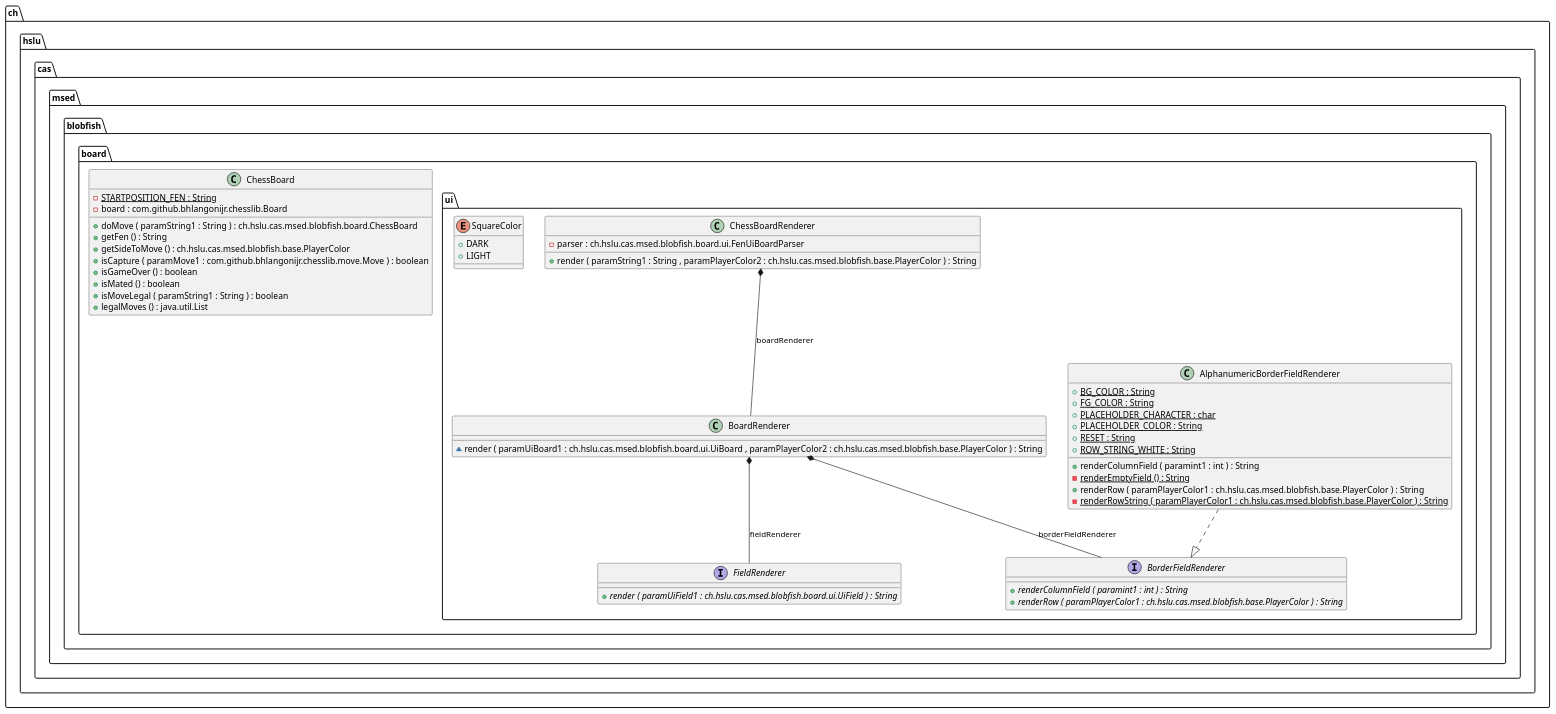
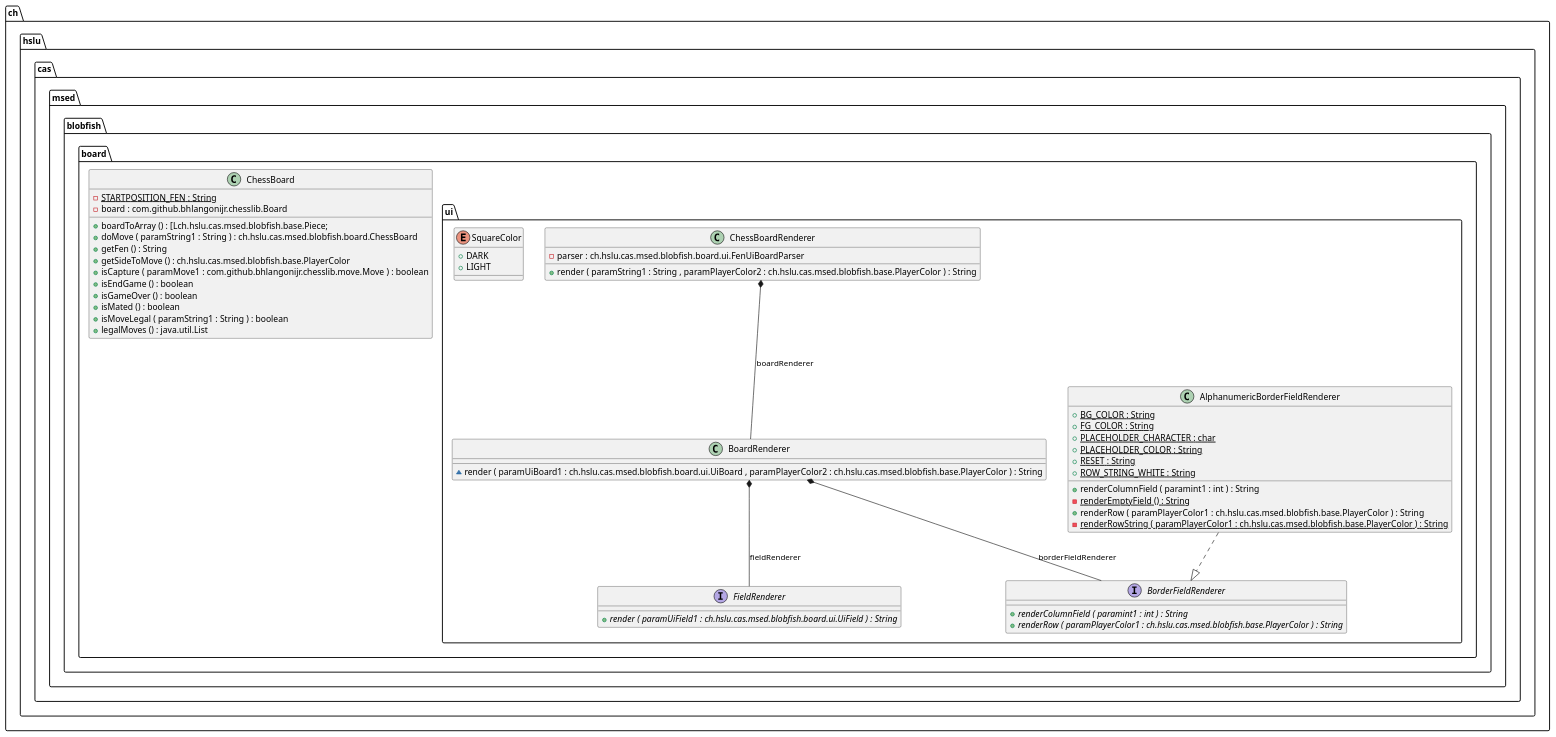
The diagram in docs/generated-diagrams/board.puml (l2c0r3/blobfish), drawn with PlantUML before and after one commit. The commit also changed 44 other files, not shown here.

```diff
--- a/docs/generated-diagrams/board.puml
+++ b/docs/generated-diagrams/board.puml
@@ -1,67 +1,69 @@
 @startuml
 
 class ch.hslu.cas.msed.blobfish.board.ChessBoard {
 	{field} {static} -STARTPOSITION_FEN : String
 	{field} -board : com.github.bhlangonijr.chesslib.Board
+	{method} +boardToArray () : [Lch.hslu.cas.msed.blobfish.base.Piece;
 	{method} +doMove ( paramString1 : String ) : ch.hslu.cas.msed.blobfish.board.ChessBoard
 	{method} +getFen () : String
 	{method} +getSideToMove () : ch.hslu.cas.msed.blobfish.base.PlayerColor
 	{method} +isCapture ( paramMove1 : com.github.bhlangonijr.chesslib.move.Move ) : boolean
+	{method} +isEndGame () : boolean
 	{method} +isGameOver () : boolean
 	{method} +isMated () : boolean
 	{method} +isMoveLegal ( paramString1 : String ) : boolean
 	{method} +legalMoves () : java.util.List
 }
 
 
 class ch.hslu.cas.msed.blobfish.board.ui.AlphanumericBorderFieldRenderer {
 	{field} {static} +BG_COLOR : String
 	{field} {static} +FG_COLOR : String
 	{field} {static} +PLACEHOLDER_CHARACTER : char
 	{field} {static} +PLACEHOLDER_COLOR : String
 	{field} {static} +RESET : String
 	{field} {static} +ROW_STRING_WHITE : String
 	{method} +renderColumnField ( paramint1 : int ) : String
 	{method}  {static} -renderEmptyField () : String
 	{method} +renderRow ( paramPlayerColor1 : ch.hslu.cas.msed.blobfish.base.PlayerColor ) : String
 	{method}  {static} -renderRowString ( paramPlayerColor1 : ch.hslu.cas.msed.blobfish.base.PlayerColor ) : String
 }
 
 
 class ch.hslu.cas.msed.blobfish.board.ui.BoardRenderer {
 	{method} ~render ( paramUiBoard1 : ch.hslu.cas.msed.blobfish.board.ui.UiBoard , paramPlayerColor2 : ch.hslu.cas.msed.blobfish.base.PlayerColor ) : String
 }
 
 
 interface ch.hslu.cas.msed.blobfish.board.ui.BorderFieldRenderer {
 	{method}  {abstract} +renderColumnField ( paramint1 : int ) : String
 	{method}  {abstract} +renderRow ( paramPlayerColor1 : ch.hslu.cas.msed.blobfish.base.PlayerColor ) : String
 }
 
 
 class ch.hslu.cas.msed.blobfish.board.ui.ChessBoardRenderer {
 	{field} -parser : ch.hslu.cas.msed.blobfish.board.ui.FenUiBoardParser
 	{method} +render ( paramString1 : String , paramPlayerColor2 : ch.hslu.cas.msed.blobfish.base.PlayerColor ) : String
 }
 
 
 interface ch.hslu.cas.msed.blobfish.board.ui.FieldRenderer {
 	{method}  {abstract} +render ( paramUiField1 : ch.hslu.cas.msed.blobfish.board.ui.UiField ) : String
 }
 
 
 enum ch.hslu.cas.msed.blobfish.board.ui.SquareColor {
 	{field} +DARK
 	{field} +LIGHT
 }
 
 
 
 
 ch.hslu.cas.msed.blobfish.board.ui.AlphanumericBorderFieldRenderer ..|>  ch.hslu.cas.msed.blobfish.board.ui.BorderFieldRenderer
 ch.hslu.cas.msed.blobfish.board.ui.BoardRenderer *--  ch.hslu.cas.msed.blobfish.board.ui.BorderFieldRenderer : borderFieldRenderer
 ch.hslu.cas.msed.blobfish.board.ui.BoardRenderer *--  ch.hslu.cas.msed.blobfish.board.ui.FieldRenderer : fieldRenderer
 ch.hslu.cas.msed.blobfish.board.ui.ChessBoardRenderer *--  ch.hslu.cas.msed.blobfish.board.ui.BoardRenderer : boardRenderer
 
 
 @enduml
```
